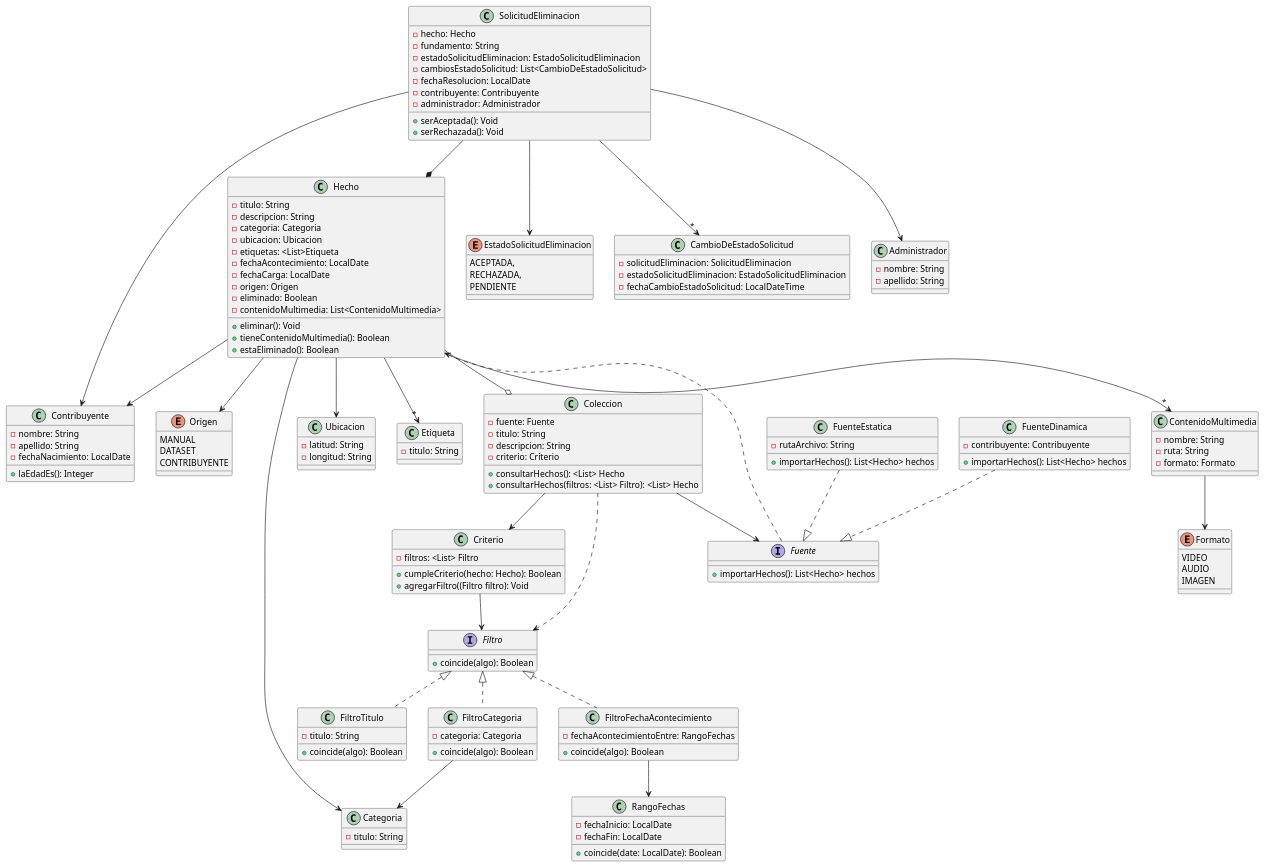
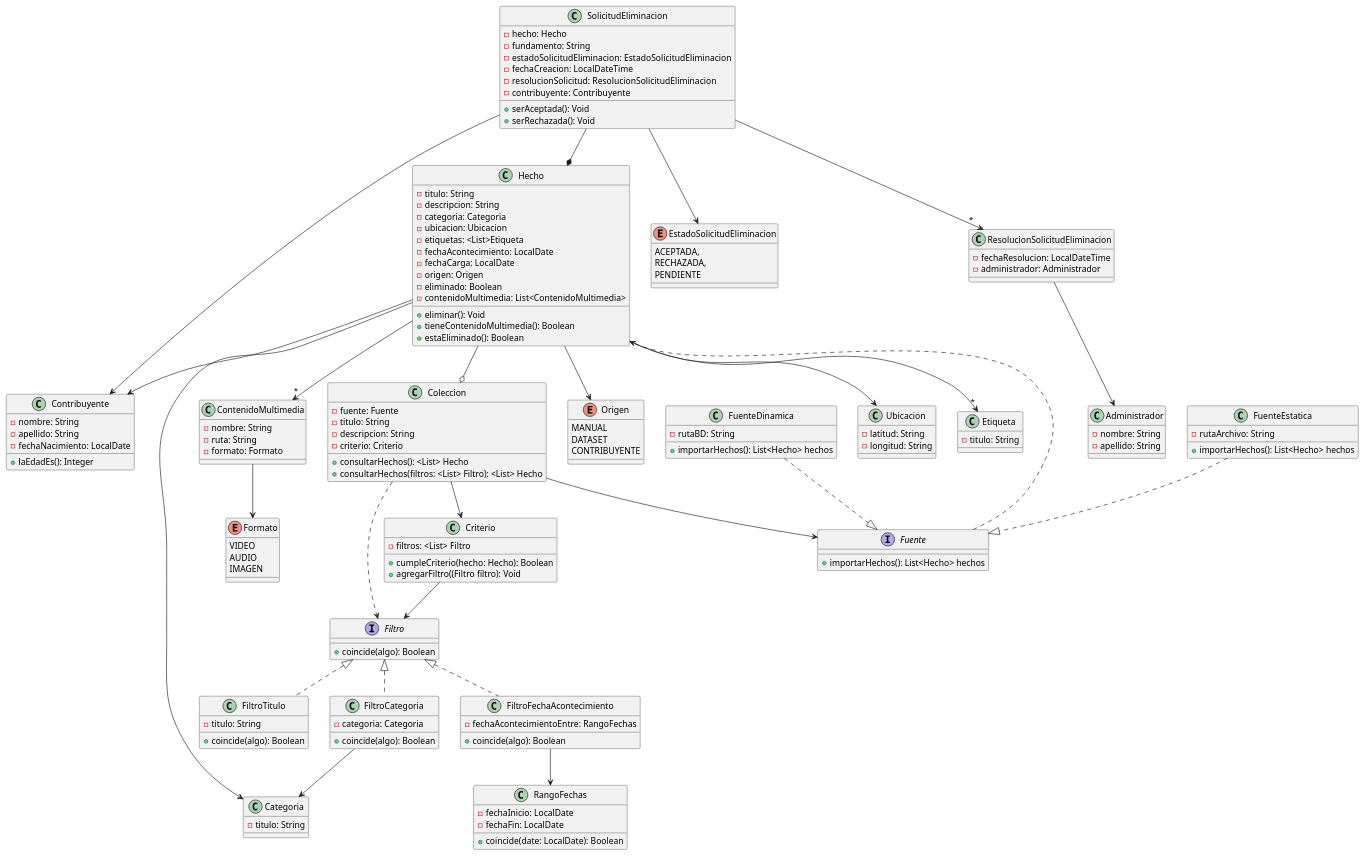
Before and after one commit to BrunoRodriguezzz/tp-dsi: the diagram in DiagramaDeClases-1°Entrega.puml, drawn with PlantUML. The commit also changed 6 other files, not shown here.

Commit message:
Fix: solicitud eliminacion

```diff
--- a/DiagramaDeClases-1°Entrega.puml
+++ b/DiagramaDeClases-1°Entrega.puml
@@ -1,183 +1,183 @@
     @startuml
 'Hecho
 Hecho --> Contribuyente
 Hecho --> Origen
 Hecho --> Categoria
 Hecho --> Ubicacion
 Hecho -->"*" Etiqueta
 Hecho --o Coleccion
 Hecho -->"*" ContenidoMultimedia
 
 'Solicitudes de Eliminacion
 SolicitudEliminacion --* Hecho
 SolicitudEliminacion --> EstadoSolicitudEliminacion
-SolicitudEliminacion -->"*" CambioDeEstadoSolicitud
+SolicitudEliminacion -->"*" ResolucionSolicitudEliminacion
 SolicitudEliminacion --> Contribuyente
-SolicitudEliminacion --> Administrador
+
+'Resoluciones de Solicitudes de Eliminacion
+ResolucionSolicitudEliminacion --> Administrador
 
 'Colecciones
 Coleccion --> Criterio
 Coleccion ..> Filtro
 
 'Fuente
 Coleccion --> Fuente
 Fuente ..> Hecho
 FuenteEstatica ..|> Fuente
 FuenteDinamica ..|> Fuente
 
 'Criterio
 Criterio --> Filtro
 
 'ElementoCriterio
 Filtro <|.. FiltroTitulo
 Filtro <|.. FiltroCategoria
 Filtro <|.. FiltroFechaAcontecimiento
 
 'Estrategias
 FiltroCategoria --> Categoria
 FiltroFechaAcontecimiento --> RangoFechas
 
 'Contenido Multimedia
 ContenidoMultimedia --> Formato
 
 
 class Contribuyente {
     -nombre: String
     -apellido: String
     -fechaNacimiento: LocalDate
     +laEdadEs(): Integer
 }
 
 class Administrador {
     -nombre: String
     -apellido: String
 }
 
 enum EstadoSolicitudEliminacion {
     ACEPTADA,
     RECHAZADA,
     PENDIENTE
 }
 
-class CambioDeEstadoSolicitud {
-    -solicitudEliminacion: SolicitudEliminacion
-    -estadoSolicitudEliminacion: EstadoSolicitudEliminacion
-    -fechaCambioEstadoSolicitud: LocalDateTime
+class ResolucionSolicitudEliminacion {
+    -fechaResolucion: LocalDateTime
+    -administrador: Administrador
 }
 
 class ContenidoMultimedia {
     -nombre: String
     -ruta: String
     -formato: Formato
 }
 
 enum Formato {
     VIDEO
     AUDIO
     IMAGEN
 }
 
 class Hecho {
     -titulo: String
     -descripcion: String
     -categoria: Categoria
     -ubicacion: Ubicacion
     -etiquetas: <List>Etiqueta
     -fechaAcontecimiento: LocalDate
     -fechaCarga: LocalDate
     -origen: Origen
     -eliminado: Boolean
     -contenidoMultimedia: List<ContenidoMultimedia>
     +eliminar(): Void
     +tieneContenidoMultimedia(): Boolean
     +estaEliminado(): Boolean
 }
 
 interface Fuente {
     +importarHechos(): List<Hecho> hechos
 }
 
 class FuenteEstatica {
     -rutaArchivo: String
     +importarHechos(): List<Hecho> hechos
 }
 
 class FuenteDinamica {
-    -contribuyente: Contribuyente
+    -rutaBD: String
     +importarHechos(): List<Hecho> hechos
 }
 
 class Etiqueta {
     -titulo: String
 }
 
 enum Origen {
     MANUAL
     DATASET
     CONTRIBUYENTE
 }
 
 class Categoria {
     -titulo: String
 }
 
 class Ubicacion {
     -latitud: String
     -longitud: String
 }
 
 class SolicitudEliminacion {
     -hecho: Hecho
     -fundamento: String
     -estadoSolicitudEliminacion: EstadoSolicitudEliminacion
-    -cambiosEstadoSolicitud: List<CambioDeEstadoSolicitud>
-    -fechaResolucion: LocalDate
+    -fechaCreacion: LocalDateTime
+    -resolucionSolicitud: ResolucionSolicitudEliminacion
     -contribuyente: Contribuyente
-    -administrador: Administrador
     +serAceptada(): Void
     +serRechazada(): Void
 }
 
 class Coleccion {
     -fuente: Fuente
     -titulo: String
     -descripcion: String
     -criterio: Criterio
     'Solo para representar overload
     +consultarHechos(): <List> Hecho
     +consultarHechos(filtros: <List> Filtro): <List> Hecho
 }
 
 class Criterio{
     -filtros: <List> Filtro
 
     +cumpleCriterio(hecho: Hecho): Boolean
     +agregarFiltro((Filtro filtro): Void
 }
 
 class RangoFechas {
     -fechaInicio: LocalDate
     -fechaFin: LocalDate
     +coincide(date: LocalDate): Boolean
 }
 
 interface Filtro{
     +coincide(algo): Boolean
 }
 
 class FiltroTitulo{
     -titulo: String
     +coincide(algo): Boolean
 }
 
 class FiltroFechaAcontecimiento{
     -fechaAcontecimientoEntre: RangoFechas
     +coincide(algo): Boolean
 }
 
 class FiltroCategoria{
     -categoria: Categoria
     +coincide(algo): Boolean
 }
 
 @enduml
```
